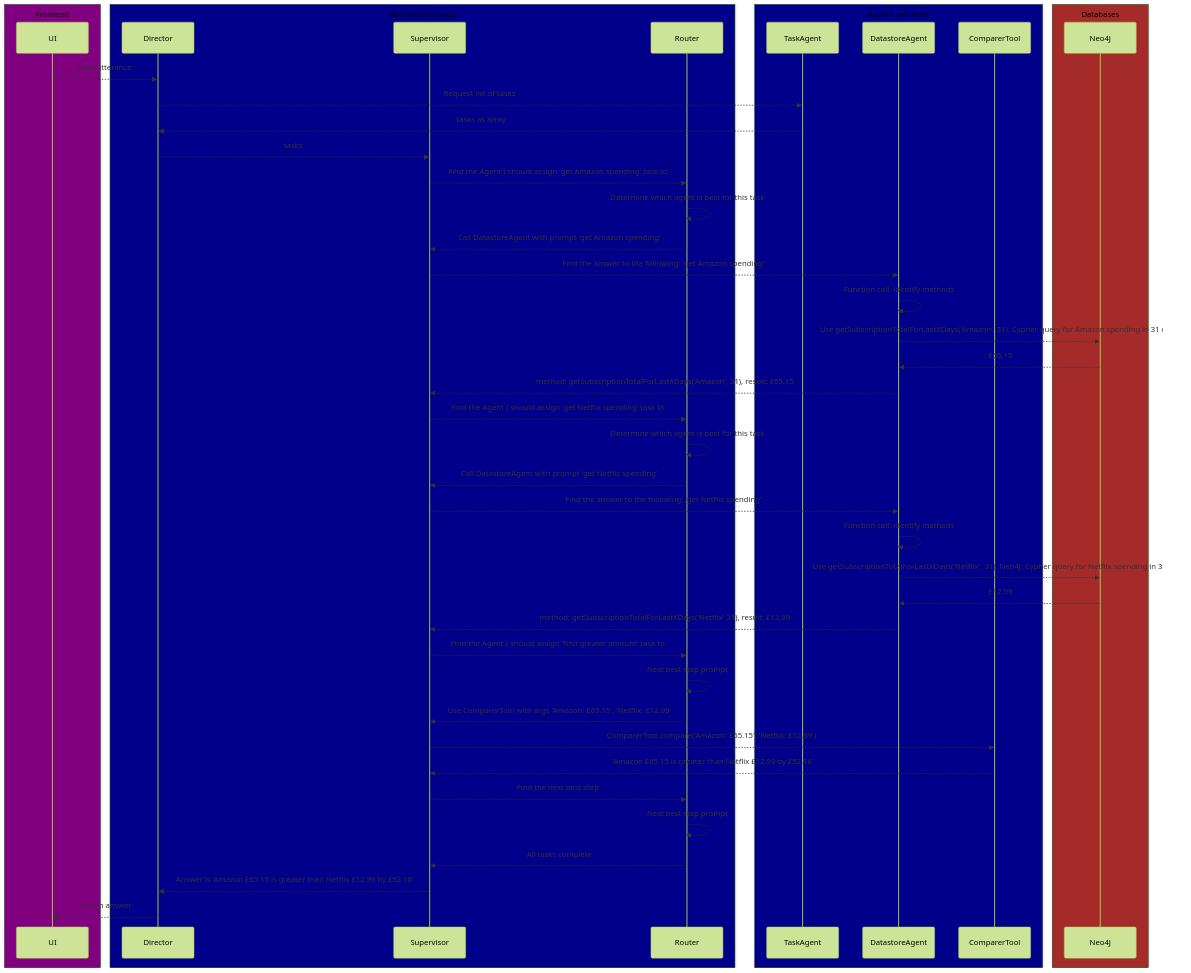
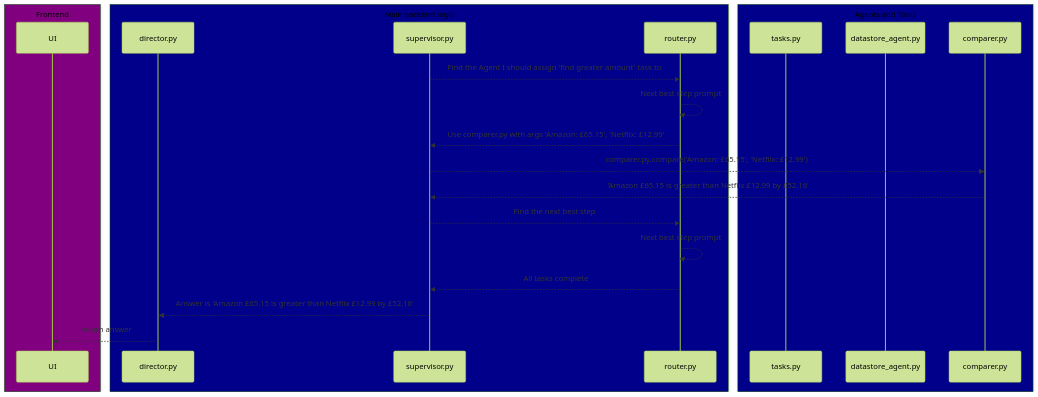
The fifth of 5 diagrams in assets/sum-my-subscriptions/happy_flows_sum_my_subs_python_modules.md (WaitThatShouldntWork/InferGPT), drawn with Mermaid (forest theme) before and after one commit. The commit also changed other lines of this file and 3 other files, not shown here.

````diff
--- a/assets/sum-my-subscriptions/happy_flows_sum_my_subs_python_modules.md
+++ b/assets/sum-my-subscriptions/happy_flows_sum_my_subs_python_modules.md
@@ -10,49 +91,26 @@
 ```mermaid
 sequenceDiagram
     box Purple Frontend
     participant UI
     end
     box DarkBlue Main backend logic
-    participant Director
-    participant Supervisor
-    participant Router
+    participant director.py
+    participant supervisor.py
+    participant router.py
     end
     box DarkBlue Agents and Tools
-    participant TaskAgent
-    participant DatastoreAgent
-    participant ComparerTool
+    participant tasks.py
+    participant datastore_agent.py
+    participant comparer.py
     end
-    box Brown Databases
-    participant Neo4J
-    end
-    UI -->> Director: pass utterance
-    Director -->> TaskAgent: Request list of tasks
-    TaskAgent -->> Director: tasks as array
-    Director -->> Supervisor: tasks
-    Supervisor -->> Router: Find the Agent I should assign 'get Amazon spending' task to
-    Router -->> Router: Determine which agent is best for this task
-    Router -->> Supervisor: Call DatastoreAgent with prompt 'get Amazon spending'
-    Supervisor -->> DatastoreAgent: Find the answer to the following: 'get Amazon spending'
-    DatastoreAgent -->> DatastoreAgent: Function call: identify methods
-    DatastoreAgent -->> Neo4J: Use getSubscriptionTotalForLastXDays('Amazon', 31). Cypher query for Amazon spending in 31 days
-    Neo4J -->> DatastoreAgent: £65.15
-    DatastoreAgent -->> Supervisor: method: getSubscriptionTotalForLastXDays('Amazon', 31), result: £65.15
-    Supervisor -->> Router: Find the Agent I should assign 'get Netflix spending' task to
-    Router -->> Router: Determine which agent is best for this task
-    Router -->> Supervisor: Call DatastoreAgent with prompt 'get Netflix spending'
-    Supervisor -->> DatastoreAgent: Find the answer to the following: 'get Netflix spending'
-    DatastoreAgent -->> DatastoreAgent: Function call: identify methods
-    DatastoreAgent -->> Neo4J: Use getSubscriptionTotalForLastXDays('Netflix', 31). Neo4J: Cypher query for Netflix spending in 31 days
-    Neo4J -->> DatastoreAgent: £12.99
-    DatastoreAgent -->> Supervisor: method: getSubscriptionTotalForLastXDays('Netflix' 31), result: £12.99
-    Supervisor -->> Router: Find the Agent I should assign 'find greater amount' task to
-    Router -->> Router: Next best step prompt
-    Router -->> Supervisor: Use ComparerTool with args 'Amazon: £65.15', 'Netflix: £12.99'
-    Supervisor -->> ComparerTool: ComparerTool.compare('Amazon: £65.15', 'Netflix: £12.99')
-    ComparerTool -->> Supervisor: 'Amazon £65.15 is greater than Netflix £12.99 by £52.16'
-    Supervisor -->> Router: Find the next best step
-    Router -->> Router: Next best step prompt
-    Router -->> Supervisor: All tasks complete
-    Supervisor -->> Director: Answer is 'Amazon £65.15 is greater than Netflix £12.99 by £52.16'
-    Director -->> UI: return answer
+    supervisor.py -->> router.py: Find the Agent I should assign 'find greater amount' task to
+    router.py -->> router.py: Next best step prompt
+    router.py -->> supervisor.py: Use comparer.py with args 'Amazon: £65.15', 'Netflix: £12.99'
+    supervisor.py -->> comparer.py: comparer.py.compare('Amazon: £65.15', 'Netflix: £12.99')
+    comparer.py -->> supervisor.py: 'Amazon £65.15 is greater than Netflix £12.99 by £52.16'
+    supervisor.py -->> router.py: Find the next best step
+    router.py -->> router.py: Next best step prompt
+    router.py -->> supervisor.py: All tasks complete
+    supervisor.py -->> director.py: Answer is 'Amazon £65.15 is greater than Netflix £12.99 by £52.16'
+    director.py -->> UI: return answer
 ```
````
